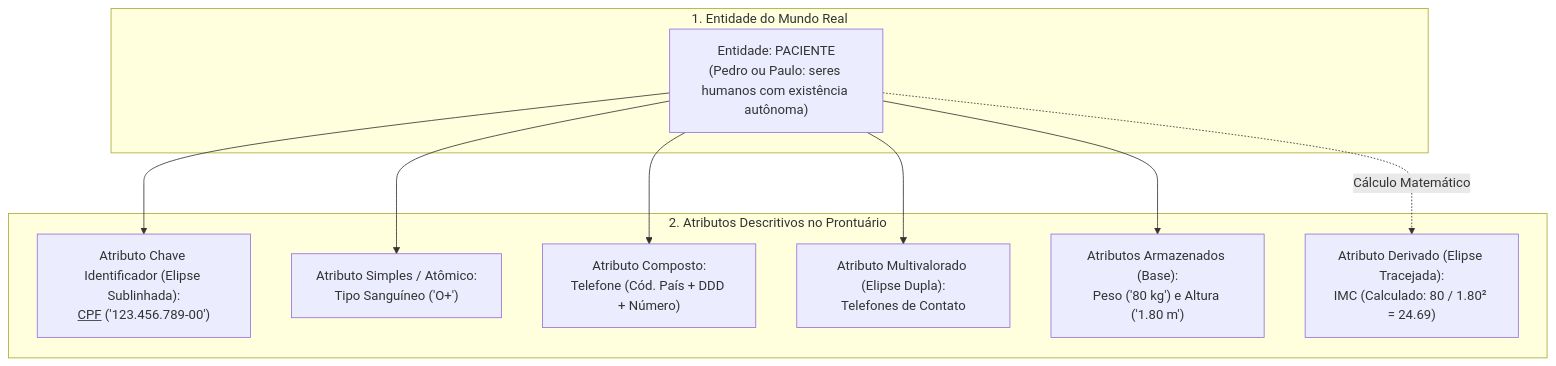
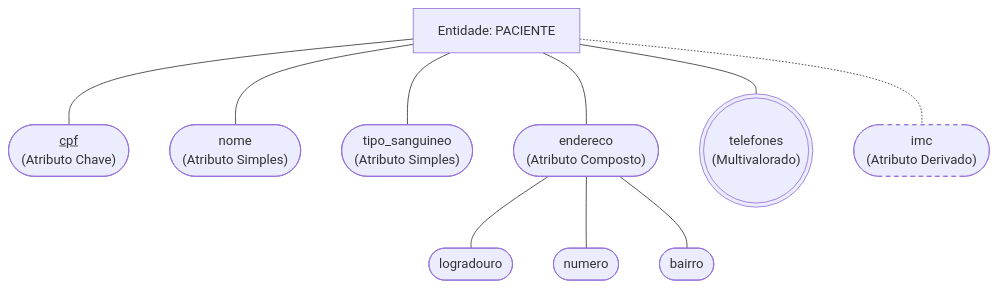
Before and after one commit to leorruas/puc: the second of 8 diagrams in 02. Modelagem de Dados/05. Modelagem de entidades e tipos de atributos.md, drawn with Mermaid. The commit also changed other lines of this file, not shown here.

Commit message:
feat(modelagem-dados): render exact Peter Chen geometric shapes in Mermaid (ellipses, double rings, dashed borders, underlines)

````diff
--- a/02. Modelagem de Dados/05. Modelagem de entidades e tipos de atributos.md
+++ b/02. Modelagem de Dados/05. Modelagem de entidades e tipos de atributos.md
@@ -67,22 +65,26 @@
 ```mermaid
 flowchart TD
-    subgraph SubgraphMundoReal["1. Entidade do Mundo Real"]
-        Paciente["Entidade: PACIENTE<br>(Pedro ou Paulo: seres humanos com existência autônoma)"]
-    end
+    Paciente["Entidade: PACIENTE"]
 
-    subgraph SubgraphAtributos["2. Atributos Descritivos no Prontuário"]
-        Cpf["Atributo Chave Identificador (Elipse Sublinhada):<br><u>CPF</u> ('123.456.789-00')"]
-        Sangue["Atributo Simples / Atômico:<br>Tipo Sanguíneo ('O+')"]
-        Tel["Atributo Composto:<br>Telefone (Cód. País + DDD + Número)"]
-        Tels["Atributo Multivalorado (Elipse Dupla):<br>Telefones de Contato"]
-        PesoAlt["Atributos Armazenados (Base):<br>Peso ('80 kg') e Altura ('1.80 m')"]
-        Imc["Atributo Derivado (Elipse Tracejada):<br>IMC (Calculado: 80 / 1.80² = 24.69)"]
-    end
+    Chave(["<u>cpf</u><br>(Atributo Chave)"])
+    Nome(["nome<br>(Atributo Simples)"])
+    Sangue(["tipo_sanguineo<br>(Atributo Simples)"])
+    End(["endereco<br>(Atributo Composto)"])
+    Rua(["logradouro"])
+    Num(["numero"])
+    Bairro(["bairro"])
+    Tels((("telefones<br>(Multivalorado)")))
+    Imc(["imc<br>(Atributo Derivado)"])
 
-    Paciente --> Cpf
-    Paciente --> Sangue
-    Paciente --> Tel
-    Paciente --> Tels
-    Paciente --> PesoAlt
-    Paciente -.->|"Cálculo Matemático"| Imc
+    Paciente --- Chave
+    Paciente --- Nome
+    Paciente --- Sangue
+    Paciente --- End
+    End --- Rua
+    End --- Num
+    End --- Bairro
+    Paciente --- Tels
+    Paciente -.- Imc
+
+    style Imc stroke-dasharray: 5 5
 ```
````
